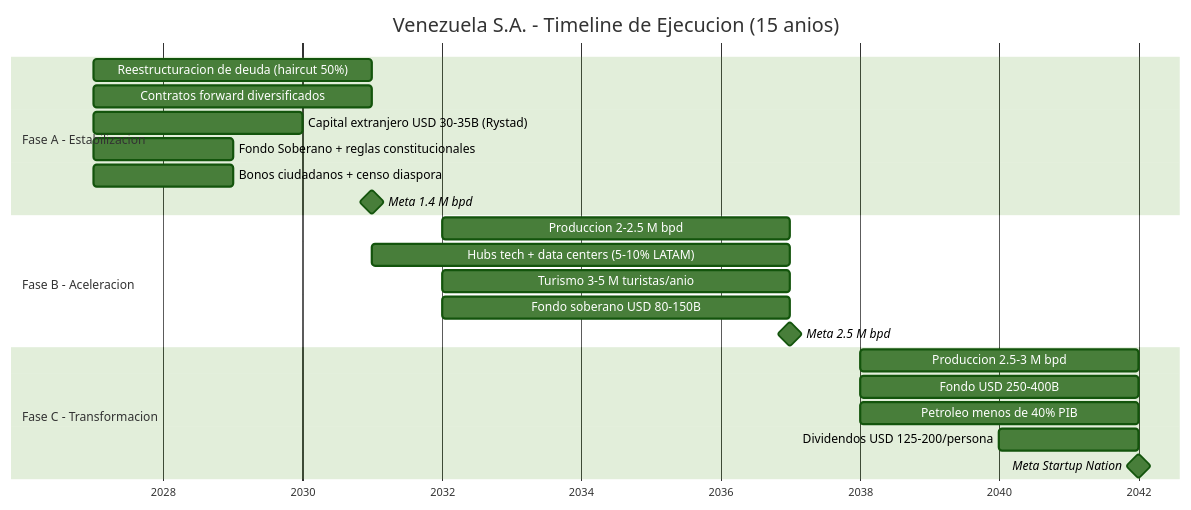
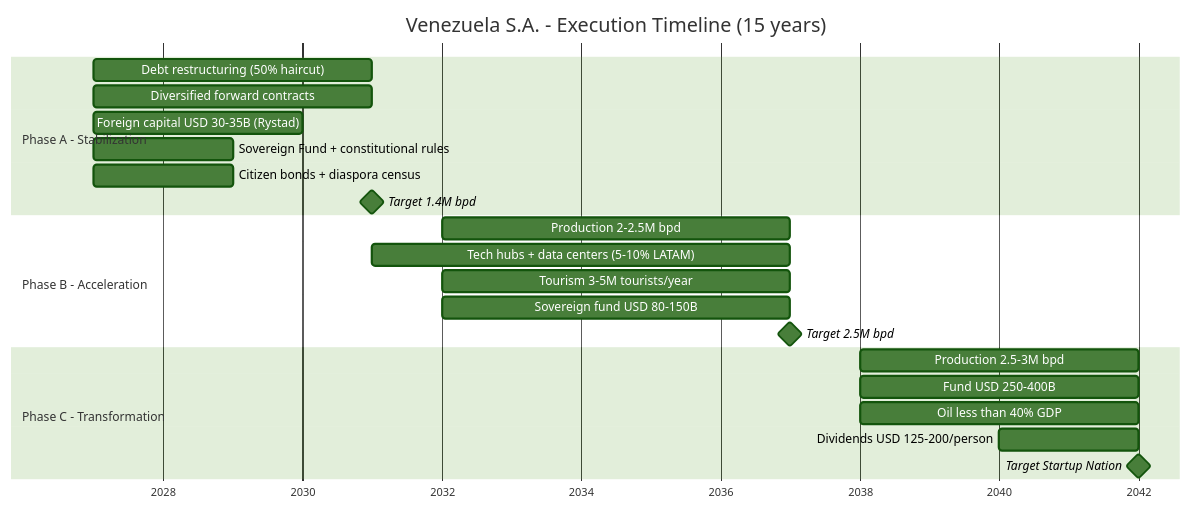
Before and after one commit to Venezuela-S-A/venezuela-sa: the first of 2 diagrams in i18n/en/docusaurus-plugin-content-docs/current/07-ejecucion/timeline.md, drawn with Mermaid (forest theme). The commit also changed other lines of this file and 127 other files, not shown here.

````diff
--- a/i18n/en/docusaurus-plugin-content-docs/current/07-ejecucion/timeline.md
+++ b/i18n/en/docusaurus-plugin-content-docs/current/07-ejecucion/timeline.md
@@ -8,28 +8,28 @@
 ```mermaid
 gantt
-    title Venezuela S.A. - Timeline de Ejecucion (15 anios)
+    title Venezuela S.A. - Execution Timeline (15 years)
     dateFormat YYYY
     axisFormat %Y
 
-    section Fase A - Estabilizacion
-    Reestructuracion de deuda (haircut 50%)         :a1, 2027, 2031
-    Contratos forward diversificados               :a2, 2027, 2031
-    Capital extranjero USD 30-35B (Rystad)          :a3, 2027, 2030
-    Fondo Soberano + reglas constitucionales       :a4, 2027, 2029
-    Bonos ciudadanos + censo diaspora               :a5, 2027, 2029
-    Meta 1.4 M bpd                                  :milestone, m1, 2031, 0d
+    section Phase A - Stabilization
+    Debt restructuring (50% haircut)                :a1, 2027, 2031
+    Diversified forward contracts                   :a2, 2027, 2031
+    Foreign capital USD 30-35B (Rystad)             :a3, 2027, 2030
+    Sovereign Fund + constitutional rules           :a4, 2027, 2029
+    Citizen bonds + diaspora census                 :a5, 2027, 2029
+    Target 1.4M bpd                                 :milestone, m1, 2031, 0d
 
-    section Fase B - Aceleracion
-    Produccion 2-2.5 M bpd                           :b1, 2032, 2037
-    Hubs tech + data centers (5-10% LATAM)          :b2, 2031, 2037
-    Turismo 3-5 M turistas/anio                     :b3, 2032, 2037
-    Fondo soberano USD 80-150B                      :b4, 2032, 2037
-    Meta 2.5 M bpd                                   :milestone, m2, 2037, 0d
+    section Phase B - Acceleration
+    Production 2-2.5M bpd                            :b1, 2032, 2037
+    Tech hubs + data centers (5-10% LATAM)          :b2, 2031, 2037
+    Tourism 3-5M tourists/year                      :b3, 2032, 2037
+    Sovereign fund USD 80-150B                      :b4, 2032, 2037
+    Target 2.5M bpd                                  :milestone, m2, 2037, 0d
 
-    section Fase C - Transformacion
-    Produccion 2.5-3 M bpd                            :c1, 2038, 2042
-    Fondo USD 250-400B                               :c2, 2038, 2042
-    Petroleo menos de 40% PIB                        :c3, 2038, 2042
-    Dividendos USD 125-200/persona                   :c4, 2040, 2042
-    Meta Startup Nation                              :milestone, m3, 2042, 0d
+    section Phase C - Transformation
+    Production 2.5-3M bpd                             :c1, 2038, 2042
+    Fund USD 250-400B                                :c2, 2038, 2042
+    Oil less than 40% GDP                            :c3, 2038, 2042
+    Dividends USD 125-200/person                     :c4, 2040, 2042
+    Target Startup Nation                            :milestone, m3, 2042, 0d
 ```
````
